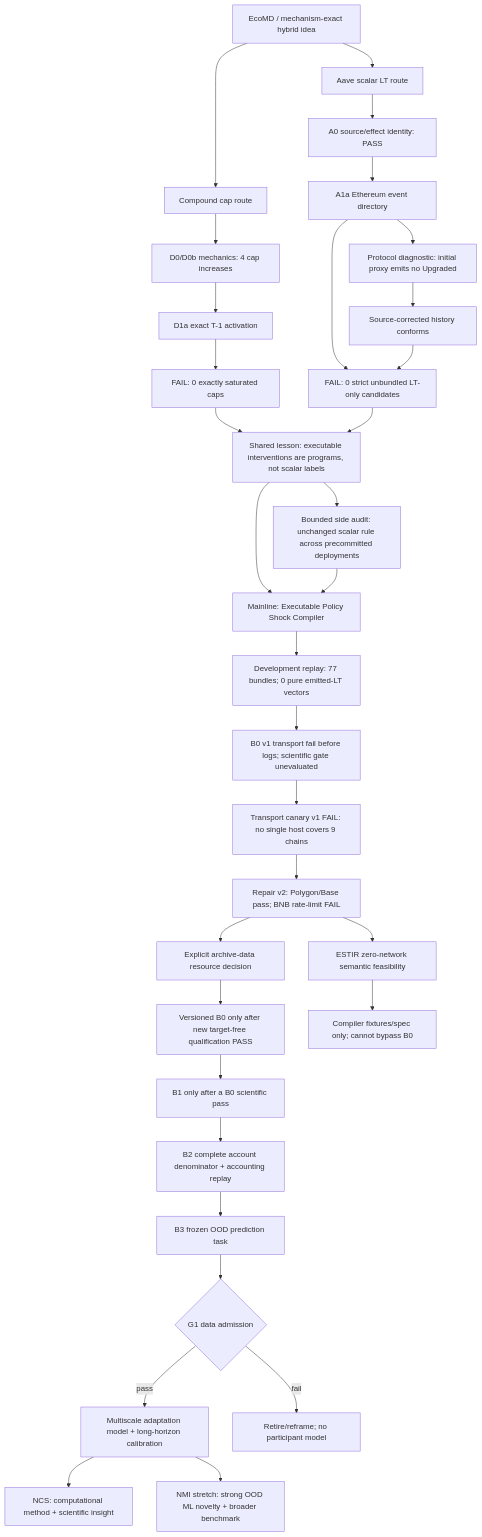
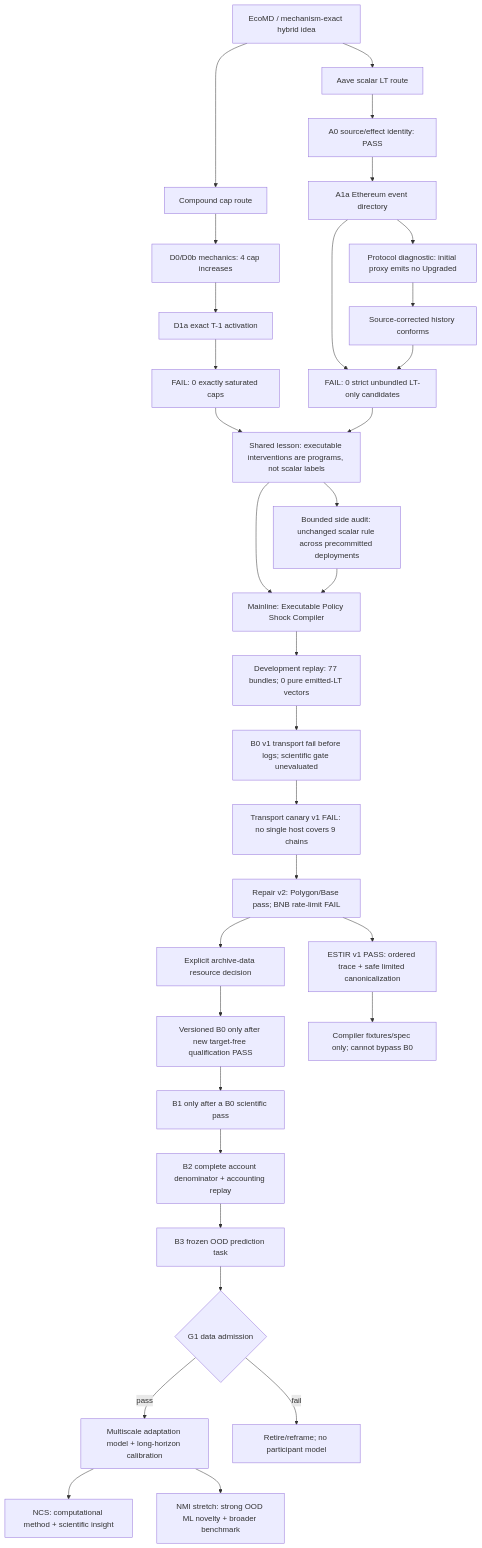
One commit to howardwang1997/ecophys changed the diagram in papers/proposal/v14_policy_shock_research_topology_2026-08-16.md. Above: the diagram before and after it, drawn with Mermaid. The commit also changed other lines of this file and 7 other files, not shown here.

````diff
--- a/papers/proposal/v14_policy_shock_research_topology_2026-08-16.md
+++ b/papers/proposal/v14_policy_shock_research_topology_2026-08-16.md
@@ -6,35 +6,35 @@
 ```mermaid
 flowchart TD
     E[EcoMD / mechanism-exact hybrid idea] --> C[Compound cap route]
     E --> A[Aave scalar LT route]
     C --> C0[D0/D0b mechanics: 4 cap increases]
     C0 --> C1[D1a exact T-1 activation]
     C1 --> CF[FAIL: 0 exactly saturated caps]
     A --> A0[A0 source/effect identity: PASS]
     A0 --> A1[A1a Ethereum event directory]
     A1 --> AF[FAIL: 0 strict unbundled LT-only candidates]
     A1 --> PD[Protocol diagnostic: initial proxy emits no Upgraded]
     PD --> HC[Source-corrected history conforms]
     HC --> AF
     CF --> S[Shared lesson: executable interventions are programs, not scalar labels]
     AF --> S
     S --> V[Mainline: Executable Policy Shock Compiler]
     S --> XS[Bounded side audit: unchanged scalar rule across precommitted deployments]
     XS --> V
     V --> E0[Development replay: 77 bundles; 0 pure emitted-LT vectors]
     E0 --> B0[B0 v1 transport fail before logs; scientific gate unevaluated]
     B0 --> T0[Transport canary v1 FAIL: no single host covers 9 chains]
     T0 --> T1[Repair v2: Polygon/Base pass; BNB rate-limit FAIL]
     T1 --> AR[Explicit archive-data resource decision]
     AR --> B0V2[Versioned B0 only after new target-free qualification PASS]
-    T1 --> IR[ESTIR zero-network semantic feasibility]
+    T1 --> IR[ESTIR v1 PASS: ordered trace + safe limited canonicalization]
     IR --> IRS[Compiler fixtures/spec only; cannot bypass B0]
     B0V2 --> B1[B1 only after a B0 scientific pass]
     B1 --> B2[B2 complete account denominator + accounting replay]
     B2 --> B3[B3 frozen OOD prediction task]
     B3 --> G1{G1 data admission}
     G1 -->|pass| M[Multiscale adaptation model + long-horizon calibration]
     G1 -->|fail| R[Retire/reframe; no participant model]
     M --> NCS[NCS: computational method + scientific insight]
     M --> NMI[NMI stretch: strong OOD ML novelty + broader benchmark]
 ```
````
